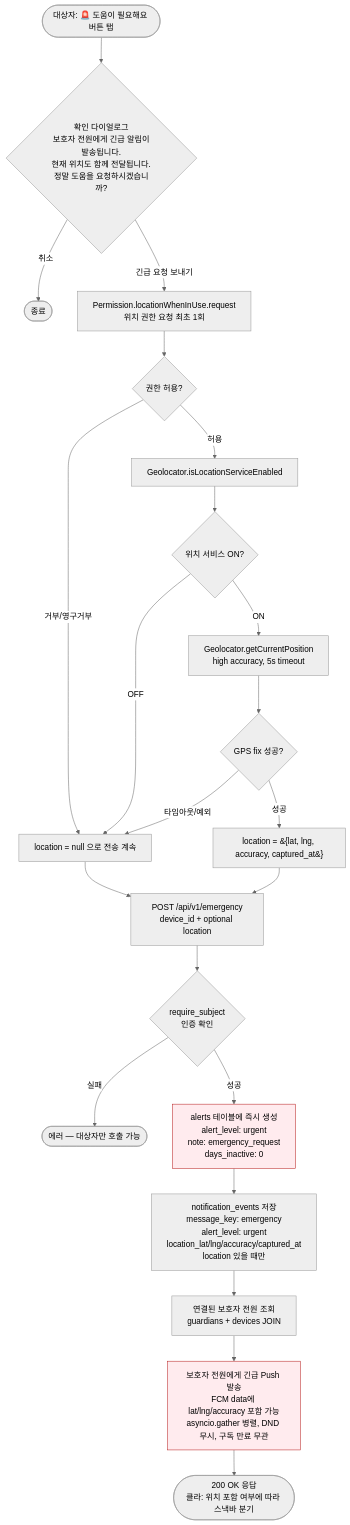
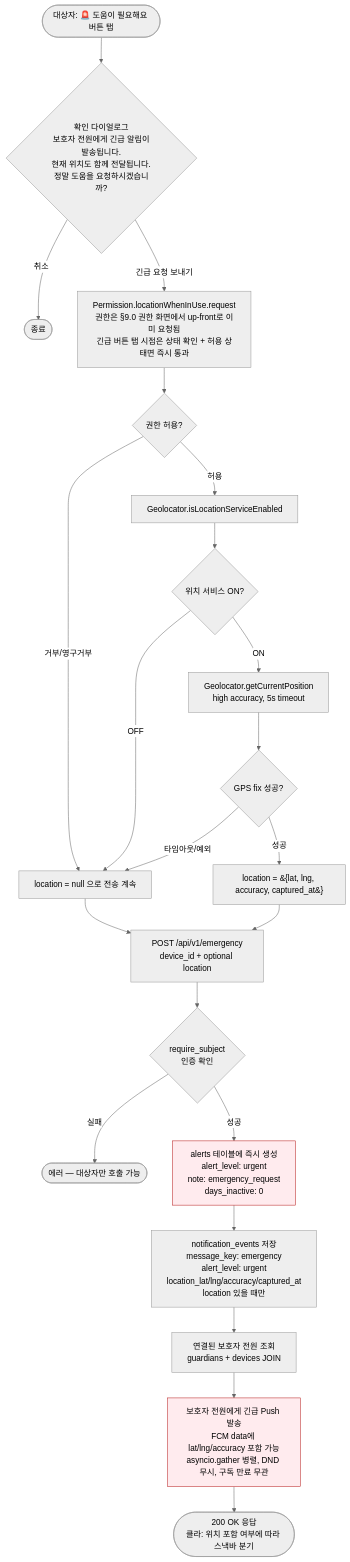
Before and after one commit to l10s18bok/kr.co.anbucheck: the seventh of 8 diagrams in .claude/rules/heartbeat_flowchart.md, drawn with Mermaid (neutral theme). The commit also changed 24 other files, not shown here.

````diff
--- a/.claude/rules/heartbeat_flowchart.md
+++ b/.claude/rules/heartbeat_flowchart.md
@@ -237,38 +237,38 @@
 ```mermaid
 flowchart TD
     Start([대상자: 🚨 도움이 필요해요 버튼 탭])
     Start --> Confirm{확인 다이얼로그<br/>보호자 전원에게 긴급 알림이<br/>발송됩니다.<br/>현재 위치도 함께 전달됩니다.<br/>정말 도움을 요청하시겠습니까?}
 
     Confirm -->|취소| End0([종료])
-    Confirm -->|긴급 요청 보내기| PermCheck[Permission.locationWhenInUse.request<br/>위치 권한 요청 최초 1회]
+    Confirm -->|긴급 요청 보내기| PermCheck[Permission.locationWhenInUse.request<br/>권한은 §9.0 권한 화면에서 up-front로 이미 요청됨<br/>긴급 버튼 탭 시점은 상태 확인 + 허용 상태면 즉시 통과]
 
     PermCheck --> PermResult{권한 허용?}
     PermResult -->|거부/영구거부| NoLoc[location = null 으로 전송 계속]
     PermResult -->|허용| SvcCheck[Geolocator.isLocationServiceEnabled]
 
     SvcCheck --> SvcResult{위치 서비스 ON?}
     SvcResult -->|OFF| NoLoc
     SvcResult -->|ON| GetLoc[Geolocator.getCurrentPosition<br/>high accuracy, 5s timeout]
 
     GetLoc --> GetResult{GPS fix 성공?}
     GetResult -->|타임아웃/예외| NoLoc
     GetResult -->|성공| WithLoc[location = &#123;lat, lng, accuracy, captured_at&#125;]
 
     NoLoc --> Send[POST /api/v1/emergency<br/>device_id + optional location]
     WithLoc --> Send
 
     Send --> Auth{require_subject<br/>인증 확인}
     Auth -->|실패| Error([에러 — 대상자만 호출 가능])
     Auth -->|성공| CreateAlert[alerts 테이블에 즉시 생성<br/>alert_level: urgent<br/>note: emergency_request<br/>days_inactive: 0]
 
     CreateAlert --> SaveNoti[notification_events 저장<br/>message_key: emergency<br/>alert_level: urgent<br/>location_lat/lng/accuracy/captured_at<br/>location 있을 때만]
 
     SaveNoti --> FindGuardians[연결된 보호자 전원 조회<br/>guardians + devices JOIN]
 
     FindGuardians --> Push[보호자 전원에게 긴급 Push 발송<br/>FCM data에 lat/lng/accuracy 포함 가능<br/>asyncio.gather 병렬, DND 무시, 구독 만료 무관]
 
     Push --> Response([200 OK 응답<br/>클라: 위치 포함 여부에 따라 스낵바 분기])
 
     style CreateAlert fill:#FFEBEE,stroke:#B71C1C
     style Push fill:#FFEBEE,stroke:#B71C1C
 ```
````
